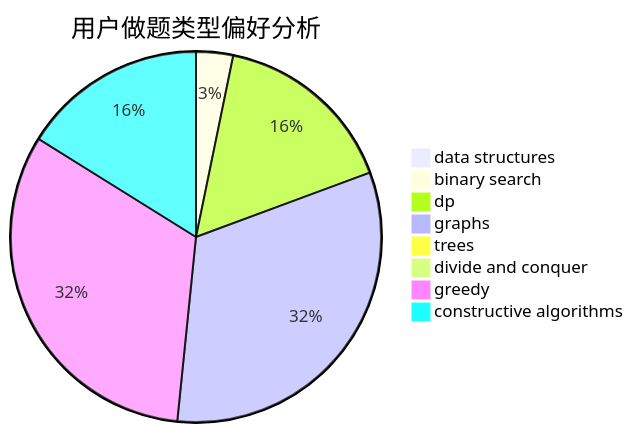
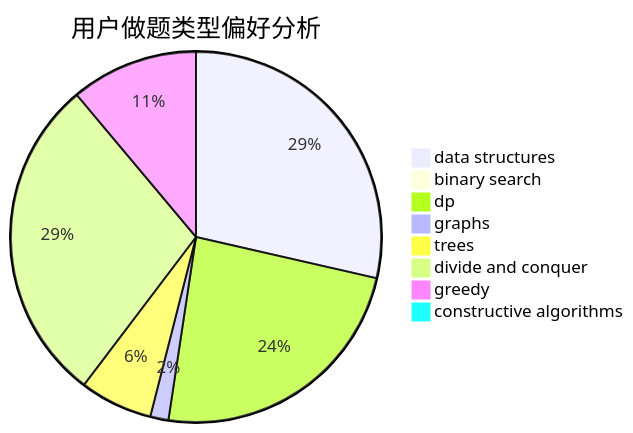
The second of 3 diagrams in docs/user/u1516.md (sherpahu/cfrs.github.io), drawn with Mermaid before and after one commit. The commit also changed other lines of this file and 2770 other files, not shown here.

````diff
--- a/docs/user/u1516.md
+++ b/docs/user/u1516.md
@@ -23,11 +23,11 @@
 ```mermaid
 pie title 用户做题类型偏好分析
-    "data structures" :  0
-    "binary search" :  1
-    "dp" :  5
-    "graphs" :  10
-    "trees" :  0
-    "divide and conquer" :  0
-    "greedy" :  10
-    "constructive algorithms" :  5
+    "data structures" :  18
+    "binary search" :  0
+    "dp" :  15
+    "graphs" :  1
+    "trees" :  4
+    "divide and conquer" :  18
+    "greedy" :  7
+    "constructive algorithms" :  0
 ```
````
